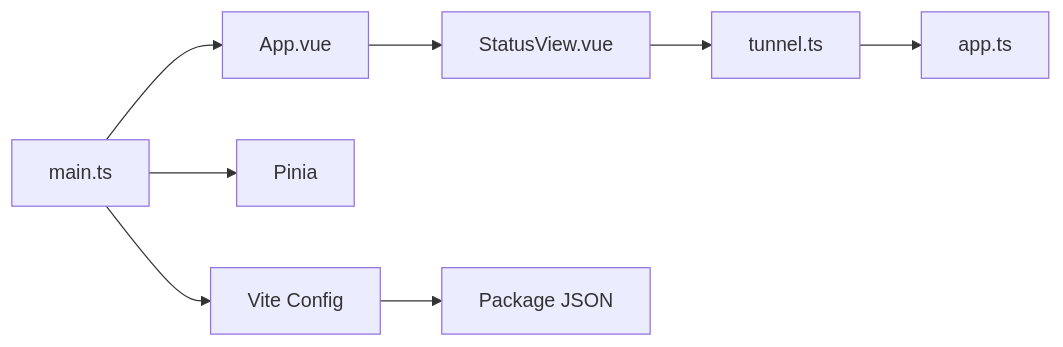
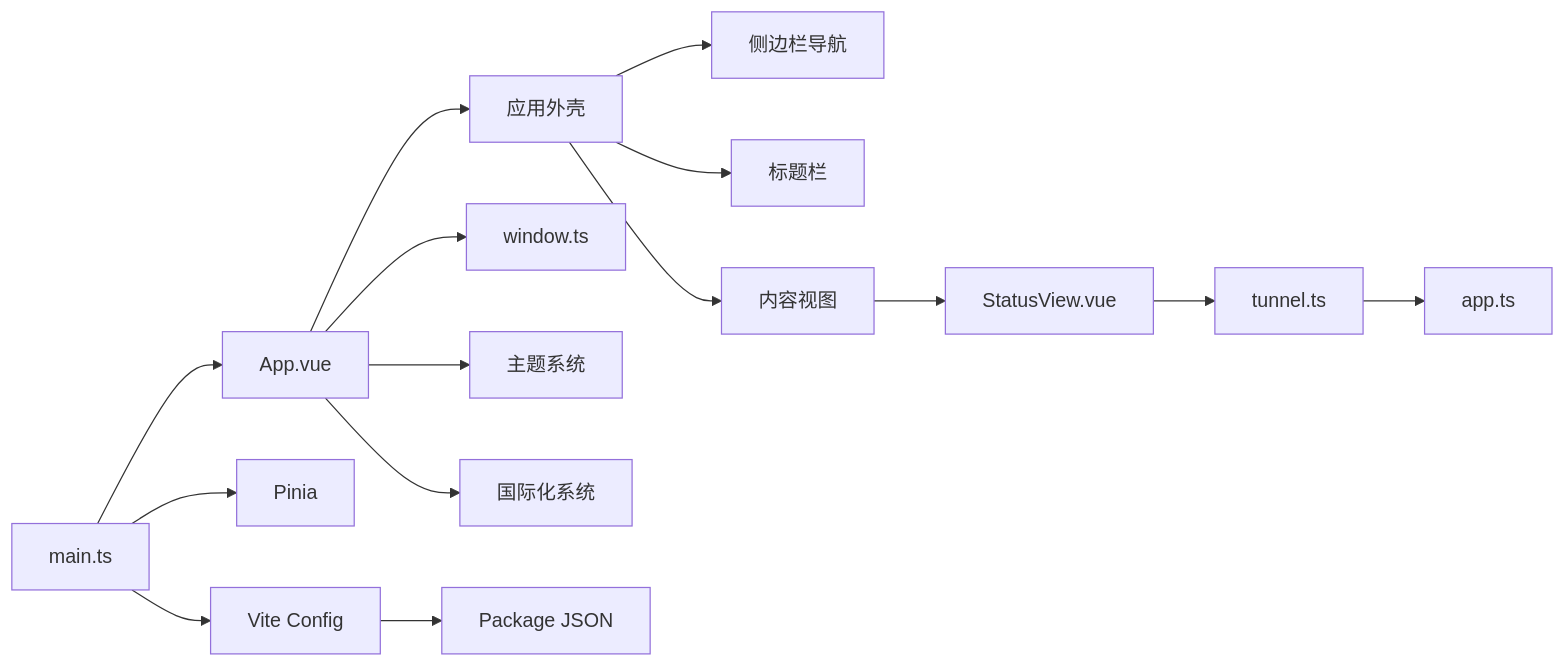
Diagram 12 of 13 in .qoder/repowiki/zh/content/架构设计/桌面端架构设计/组件系统设计/组件系统设计.md (itsharex/NexTunnel), drawn with Mermaid before and after one commit. The commit also changed other lines of this file and 41 other files, not shown here.

````diff
--- a/.qoder/repowiki/zh/content/架构设计/桌面端架构设计/组件系统设计/组件系统设计.md
+++ b/.qoder/repowiki/zh/content/架构设计/桌面端架构设计/组件系统设计/组件系统设计.md
@@ -387,10 +583,17 @@
 ```mermaid
 graph LR
 MainTS[main.ts] --> AppVue[App.vue]
-AppVue --> StatusView[StatusView.vue]
+AppVue --> LayoutShell[应用外壳]
+LayoutShell --> SidebarNav[侧边栏导航]
+LayoutShell --> HeaderBar[标题栏]
+LayoutShell --> ContentView[内容视图]
+ContentView --> StatusView[StatusView.vue]
 StatusView --> TunnelStore[tunnel.ts]
 TunnelStore --> APIService[app.ts]
+AppVue --> WindowAPI[window.ts]
+AppVue --> ThemeProvider[主题系统]
+AppVue --> I18nProvider[国际化系统]
 MainTS --> Pinia[Pinia]
 MainTS --> ViteConfig[Vite Config]
 ViteConfig --> PackageJSON[Package JSON]
 ```
````
